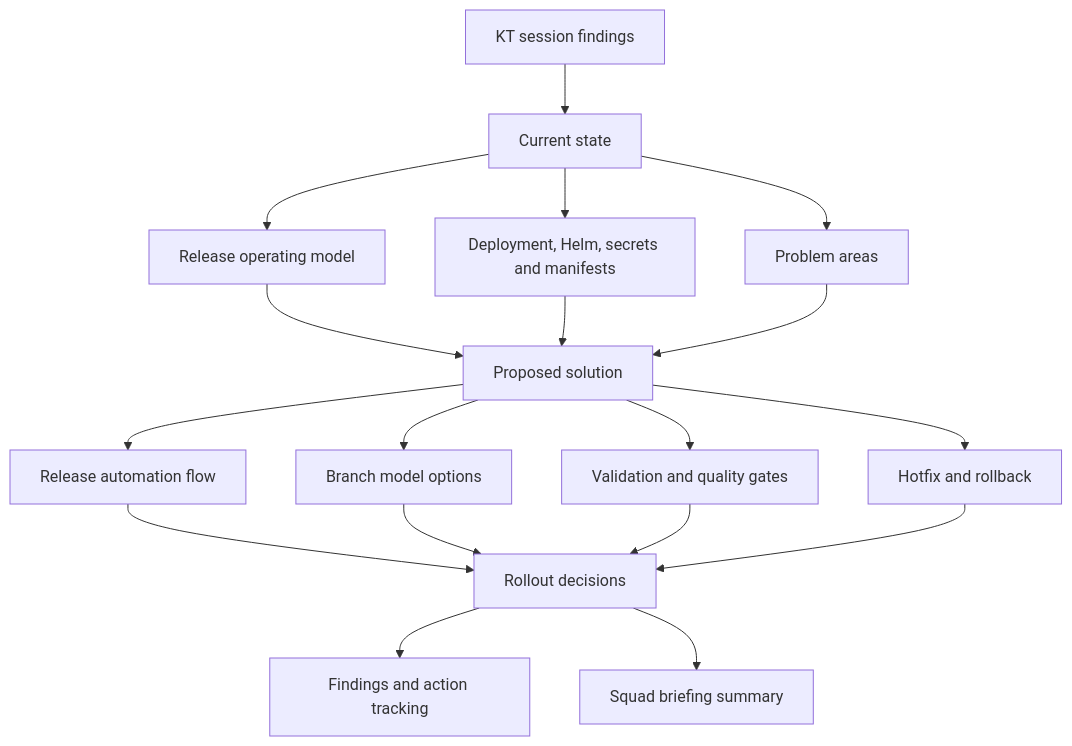
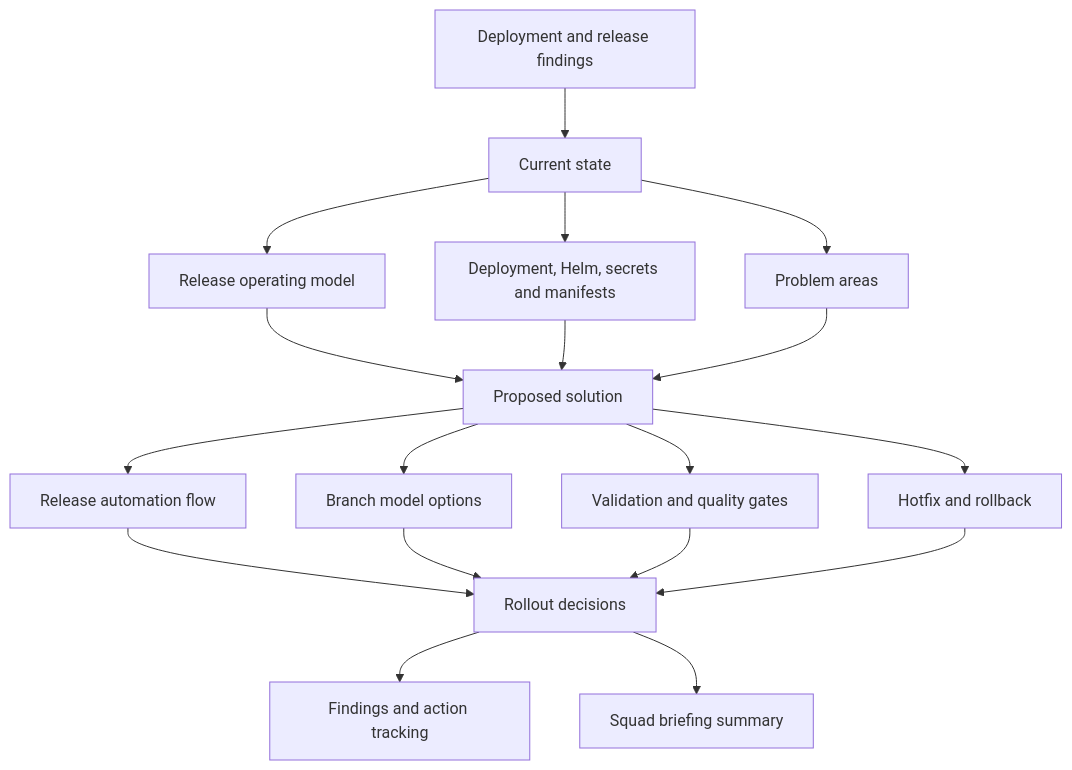
Before and after one commit to benanaktaspusulait/branching-strategy: the diagram in README.md, drawn with Mermaid. The commit also changed other lines of this file and 10 other files, not shown here.

````diff
--- a/README.md
+++ b/README.md
@@ -26,24 +26,24 @@
 ```mermaid
 flowchart TD
-  KT["KT session findings"] --> CURRENT["Current state"]
+  FINDINGS["Deployment and release findings"] --> CURRENT["Current state"]
   CURRENT --> FLOW["Release operating model"]
   CURRENT --> TOOLING["Deployment, Helm, secrets and manifests"]
   CURRENT --> PAIN["Problem areas"]
 
   FLOW --> PROPOSED["Proposed solution"]
   TOOLING --> PROPOSED
   PAIN --> PROPOSED
 
   PROPOSED --> AUTO["Release automation flow"]
   PROPOSED --> BRANCHES["Branch model options"]
   PROPOSED --> VALIDATION["Validation and quality gates"]
   PROPOSED --> HOTFIX["Hotfix and rollback"]
 
   AUTO --> ROLLOUT["Rollout decisions"]
   BRANCHES --> ROLLOUT
   VALIDATION --> ROLLOUT
   HOTFIX --> ROLLOUT
 
   ROLLOUT --> ACTIONS["Findings and action tracking"]
   ROLLOUT --> BRIEF["Squad briefing summary"]
 ```
````
